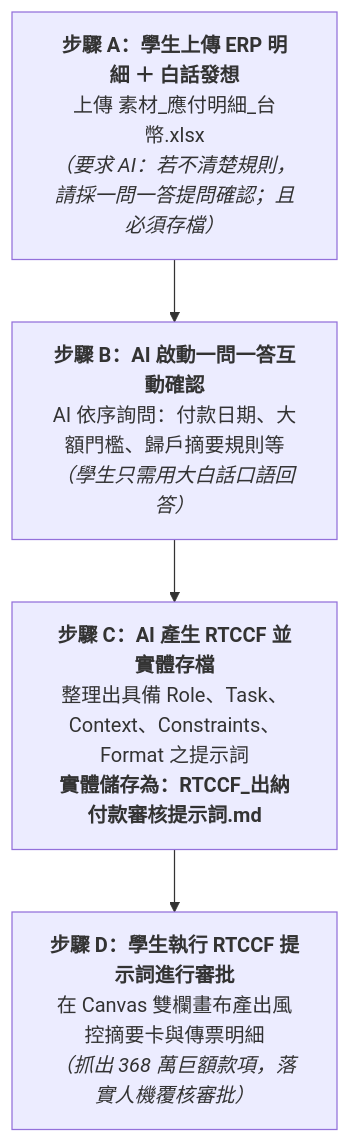
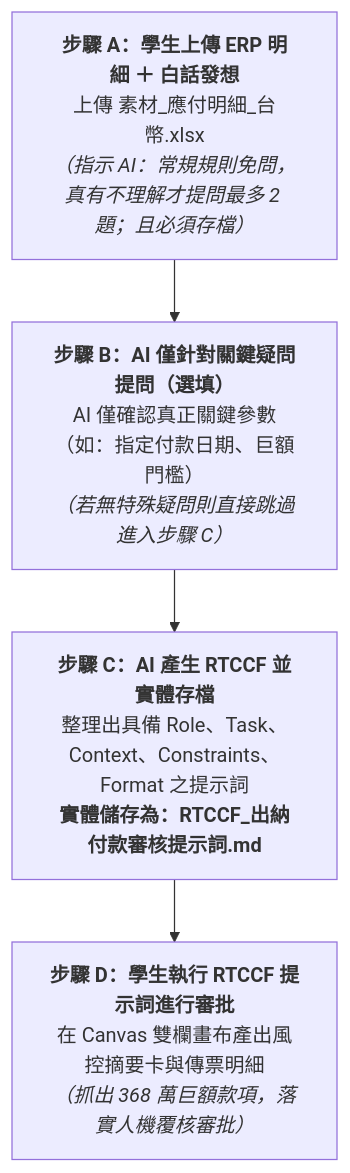
Before and after one commit to roberthsu2003/workflow-productivity: the diagram in 常見的AI應用/實戰範例/出納付款審核與銀行放行總表自動化/7-2_AI產出之RTCCF審查與結構化提示詞.md, drawn with Mermaid. The commit also changed other lines of this file and 1 other file, not shown here.

````diff
--- a/常見的AI應用/實戰範例/出納付款審核與銀行放行總表自動化/7-2_AI產出之RTCCF審查與結構化提示詞.md
+++ b/常見的AI應用/實戰範例/出納付款審核與銀行放行總表自動化/7-2_AI產出之RTCCF審查與結構化提示詞.md
@@ -10,6 +10,6 @@
 ```mermaid
 flowchart TD
-    StepA["<b>步驟 A：學生上傳 ERP 明細 ＋ 白話發想</b><br/>上傳 素材_應付明細_台幣.xlsx<br/><i>（要求 AI：若不清楚規則，請採一問一答提問確認；且必須存檔）</i>"] --> StepB["<b>步驟 B：AI 啟動一問一答互動確認</b><br/>AI 依序詢問：付款日期、大額門檻、歸戶摘要規則等<br/><i>（學生只需用大白話口語回答）</i>"]
+    StepA["<b>步驟 A：學生上傳 ERP 明細 ＋ 白話發想</b><br/>上傳 素材_應付明細_台幣.xlsx<br/><i>（指示 AI：常規規則免問，真有不理解才提問最多 2 題；且必須存檔）</i>"] --> StepB["<b>步驟 B：AI 僅針對關鍵疑問提問（選填）</b><br/>AI 僅確認真正關鍵參數（如：指定付款日期、巨額門檻）<br/><i>（若無特殊疑問則直接跳過進入步驟 C）</i>"]
     StepB --> StepC["<b>步驟 C：AI 產生 RTCCF 並實體存檔</b><br/>整理出具備 Role、Task、Context、Constraints、Format 之提示詞<br/><b>實體儲存為：RTCCF_出納付款審核提示詞.md</b>"]
     StepC --> StepD["<b>步驟 D：學生執行 RTCCF 提示詞進行審批</b><br/>在 Canvas 雙欄畫布產出風控摘要卡與傳票明細<br/><i>（抓出 368 萬巨額款項，落實人機覆核審批）</i>"]
 ```
````
